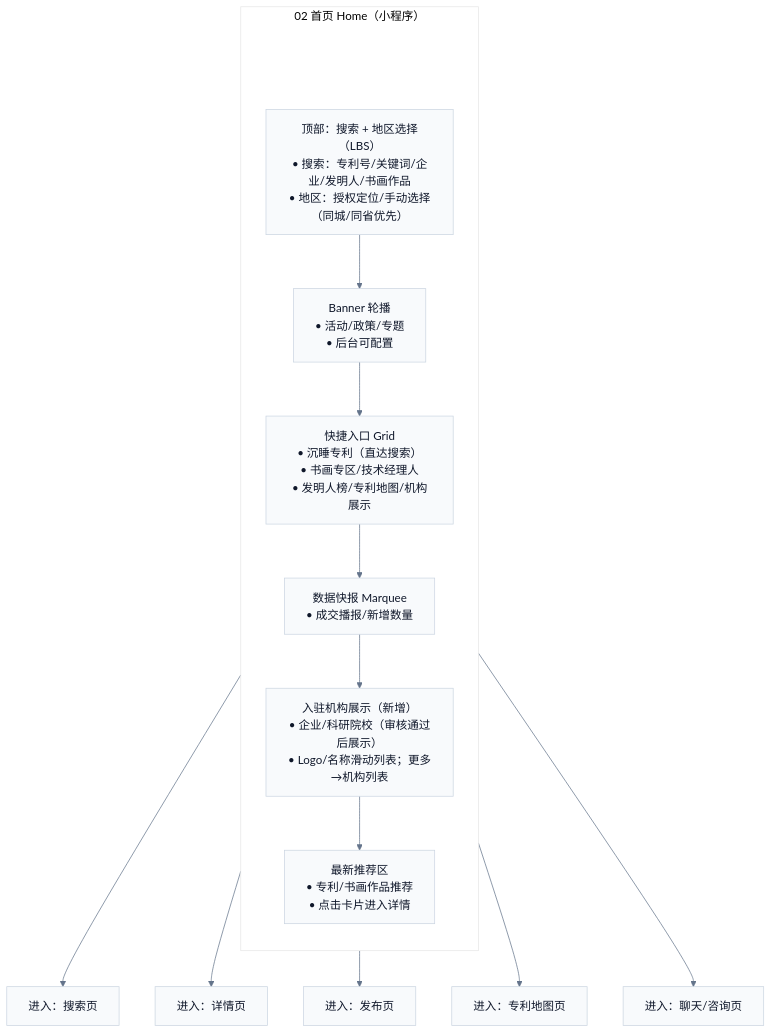
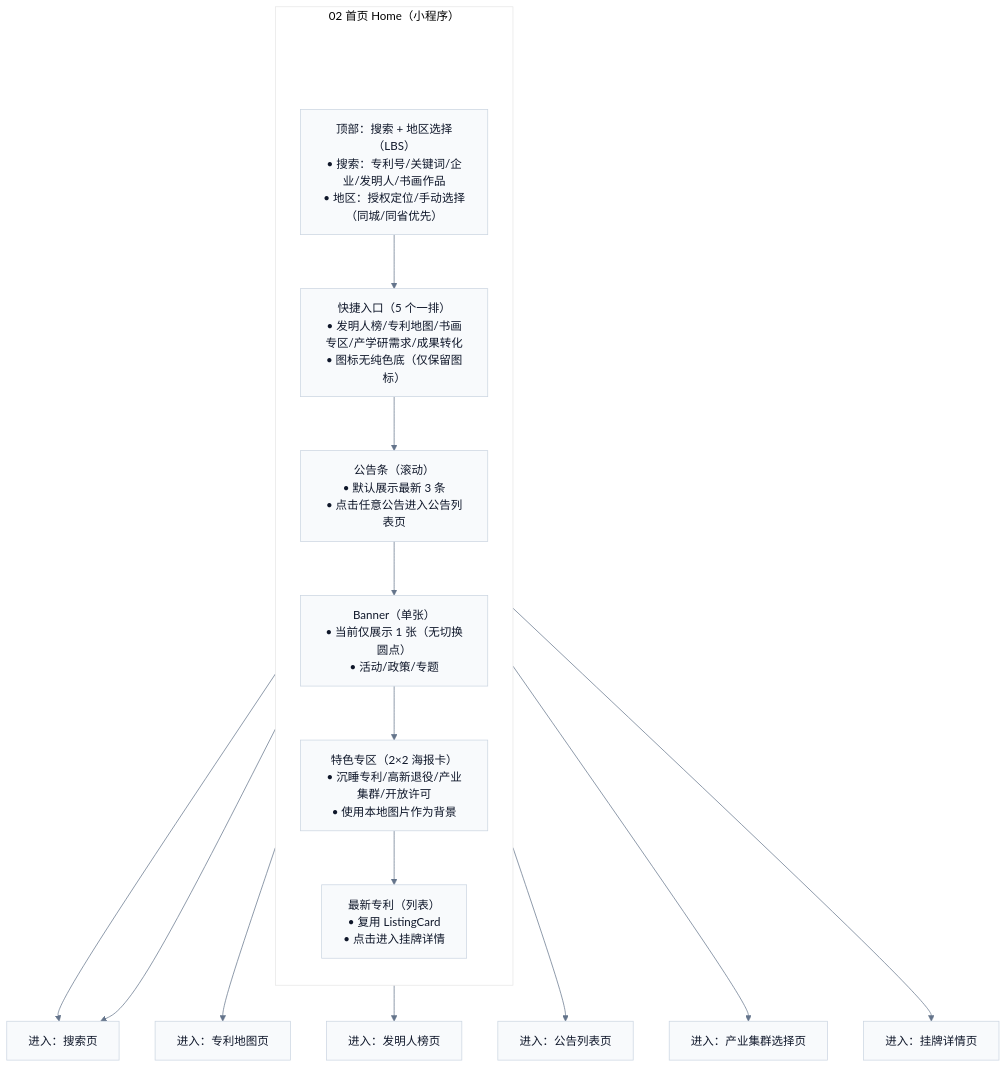
One commit to Ming-1984/Ipmoney changed the diagram in docs/demo/pages/miniapp/02-home.mmd. Above: the diagram before and after it, drawn with Mermaid. The commit also changed 47 other files, not shown here.

Commit message:
修改首页图标，增加手机号授权。

```diff
--- a/docs/demo/pages/miniapp/02-home.mmd
+++ b/docs/demo/pages/miniapp/02-home.mmd
@@ -1,29 +1,32 @@
 %%{init: {'theme':'base','flowchart': {'htmlLabels': true},'themeVariables': {'fontFamily': 'Inter, Microsoft YaHei, sans-serif','lineColor':'#64748B','primaryTextColor':'#0F172A','primaryBorderColor':'#CBD5E1','primaryColor':'#F8FAFC'}}}%%
 flowchart TB
   subgraph P["02 首页 Home（小程序）"]
     direction TB
     Pad[" "]:::pad
     TopBar["顶部：搜索 + 地区选择（LBS）<br/>• 搜索：专利号/关键词/企业/发明人/书画作品<br/>• 地区：授权定位/手动选择（同城/同省优先）"]
-    Banner["Banner 轮播<br/>• 活动/政策/专题<br/>• 后台可配置"]
-    Grid["快捷入口 Grid<br/>• 沉睡专利（直达搜索）<br/>• 书画专区/技术经理人<br/>• 发明人榜/专利地图/机构展示"]
-    Marquee["数据快报 Marquee<br/>• 成交播报/新增数量"]
-    Orgs["入驻机构展示（新增）<br/>• 企业/科研院校（审核通过后展示）<br/>• Logo/名称滑动列表；更多→机构列表"]
-    Tabs["最新推荐区<br/>• 专利/书画作品推荐<br/>• 点击卡片进入详情"]
+    Grid["快捷入口（5 个一排）<br/>• 发明人榜/专利地图/书画专区/产学研需求/成果转化<br/>• 图标无纯色底（仅保留图标）"]
+    Marquee["公告条（滚动）<br/>• 默认展示最新 3 条<br/>• 点击任意公告进入公告列表页"]
+    Banner["Banner（单张）<br/>• 当前仅展示 1 张（无切换圆点）<br/>• 活动/政策/专题"]
+    Zones["特色专区（2×2 海报卡）<br/>• 沉睡专利/高新退役/产业集群/开放许可<br/>• 使用本地图片作为背景"]
+    Latest["最新专利（列表）<br/>• 复用 ListingCard<br/>• 点击进入挂牌详情"]
     Pad --> TopBar
-    TopBar --> Banner --> Grid --> Marquee --> Orgs --> Tabs
+    TopBar --> Grid --> Marquee --> Banner --> Zones --> Latest
   end
 
   SearchResult["进入：搜索页"]
-  Detail["进入：详情页"]
-  Publish["进入：发布页"]
+  Detail["进入：挂牌详情页"]
+  Announcements["进入：公告列表页"]
   Map["进入：专利地图页"]
-  CS["进入：聊天/咨询页"]
+  Inventors["进入：发明人榜页"]
+  ClusterPicker["进入：产业集群选择页"]
 
   TopBar --> SearchResult
-  Tabs --> Detail
-  Grid --> Publish
   Grid --> Map
-  Grid --> CS
+  Grid --> Inventors
+  Marquee --> Announcements
+  Zones --> SearchResult
+  Zones --> ClusterPicker
+  Latest --> Detail
 
   classDef pad fill:transparent,stroke:transparent,color:transparent;
   linkStyle 0 stroke:transparent,fill:transparent;
```
